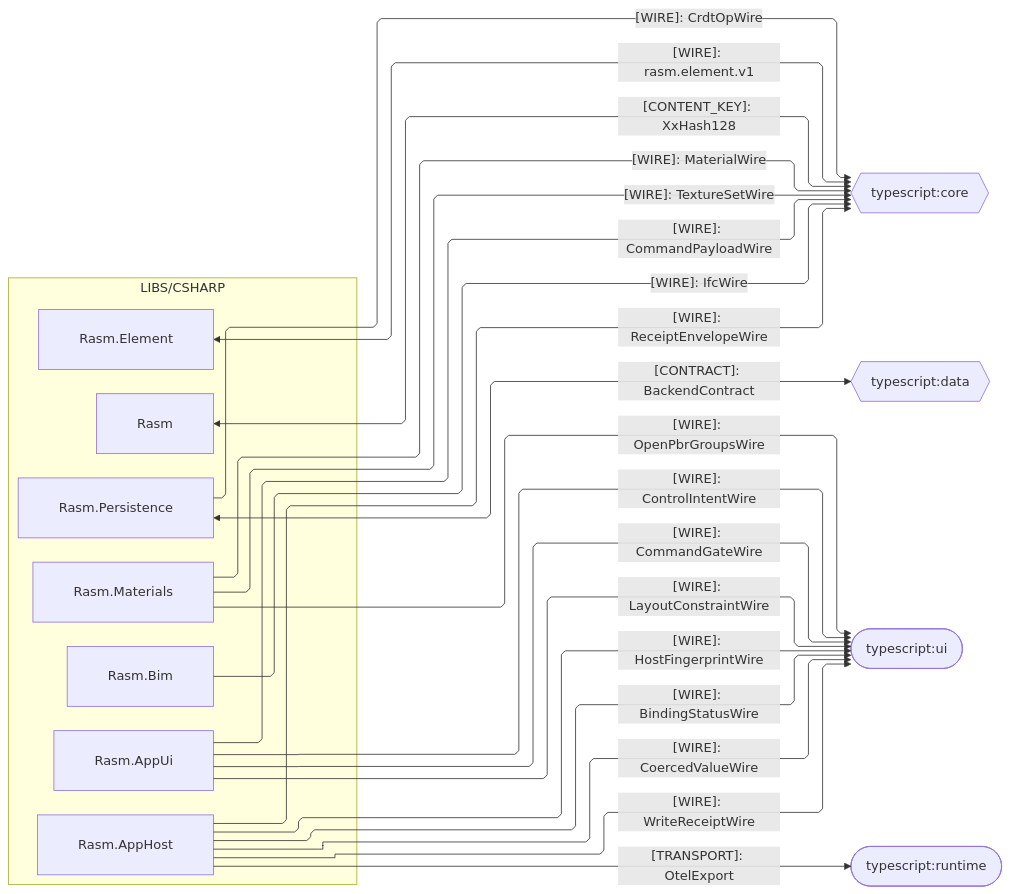
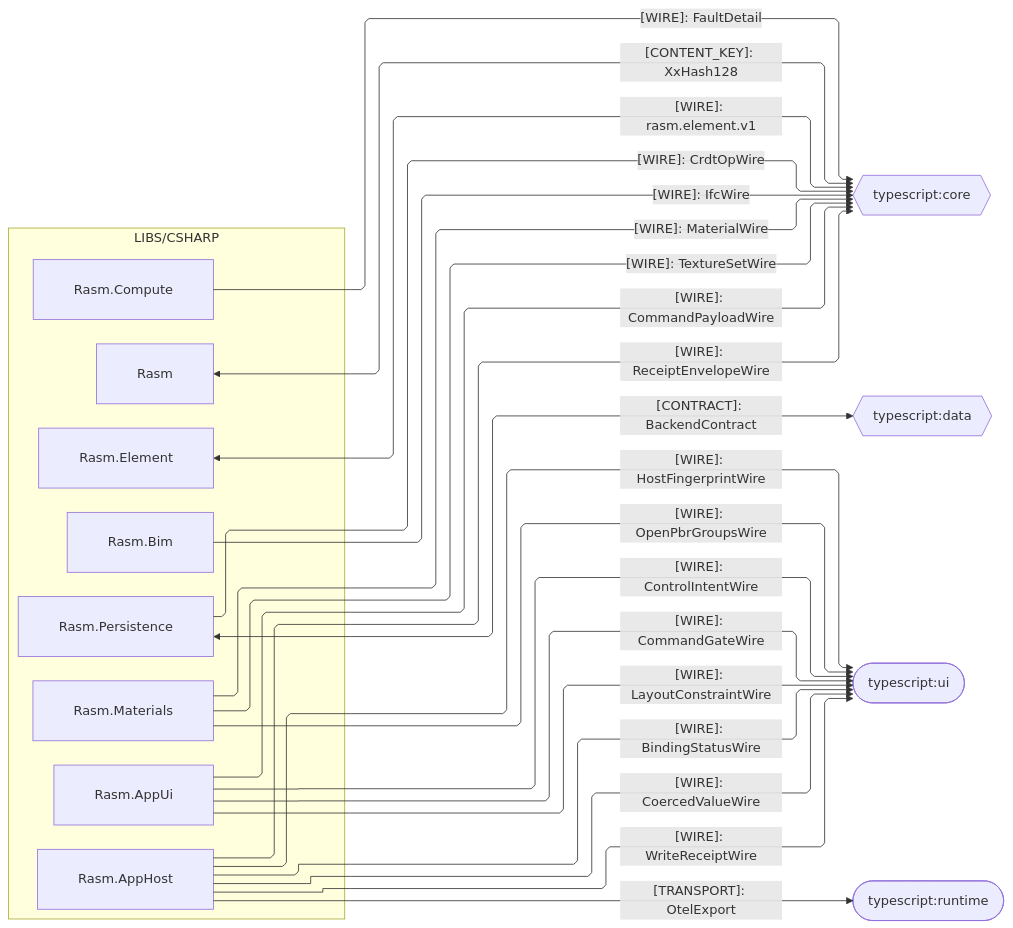
The third of 5 diagrams in libs/csharp/.planning/ARCHITECTURE.md (bsamiee/Rasm), drawn with Mermaid before and after one commit. The commit also changed other lines of this file and 272 other files, not shown here.

````diff
--- a/libs/csharp/.planning/ARCHITECTURE.md
+++ b/libs/csharp/.planning/ARCHITECTURE.md
@@ -160,43 +160,45 @@
 ```mermaid
 ---
 config:
   layout: elk
   flowchart:
     curve: linear
     padding: 25
 ---
 flowchart LR
     accTitle: C# branch typescript seam registry
     accDescr: Which kinded wires the C# packages produce for the typescript core, data, runtime, and ui domains to decode.
     subgraph csharp[LIBS/CSHARP]
         Rasm[Rasm]
         Element[Rasm.Element]
         Persistence[Rasm.Persistence]
         Bim[Rasm.Bim]
         Materials[Rasm.Materials]
+        Compute[Rasm.Compute]
         AppUi[Rasm.AppUi]
         AppHost[Rasm.AppHost]
     end
     TsCore{{typescript:core}}
     TsData{{typescript:data}}
     TsUi([typescript:ui])
     TsRuntime([typescript:runtime])
     Rasm e1@<-->|"[CONTENT_KEY]: XxHash128"| TsCore
     Element e2@<-->|"[WIRE]: rasm.element.v1"| TsCore
     Persistence e3@-->|"[WIRE]: CrdtOpWire"| TsCore
     Bim e4@-->|"[WIRE]: IfcWire"| TsCore
     Materials e5@-->|"[WIRE]: MaterialWire"| TsCore
     Materials e6@-->|"[WIRE]: TextureSetWire"| TsCore
     AppUi e7@-->|"[WIRE]: CommandPayloadWire"| TsCore
     AppHost e8@-->|"[WIRE]: ReceiptEnvelopeWire"| TsCore
     Persistence e9@<-->|"[CONTRACT]: BackendContract"| TsData
     Materials e10@-->|"[WIRE]: OpenPbrGroupsWire"| TsUi
     AppUi e11@-->|"[WIRE]: ControlIntentWire"| TsUi
     AppUi e12@-->|"[WIRE]: CommandGateWire"| TsUi
     AppUi e13@-->|"[WIRE]: LayoutConstraintWire"| TsUi
     AppHost e14@-->|"[WIRE]: BindingStatusWire"| TsUi
     AppHost e15@-->|"[WIRE]: CoercedValueWire"| TsUi
     AppHost e16@-->|"[WIRE]: WriteReceiptWire"| TsUi
     AppHost e17@-->|"[WIRE]: HostFingerprintWire"| TsUi
     AppHost e18@-->|"[TRANSPORT]: OtelExport"| TsRuntime
+    Compute e19@-->|"[WIRE]: FaultDetail"| TsCore
 ```
````
